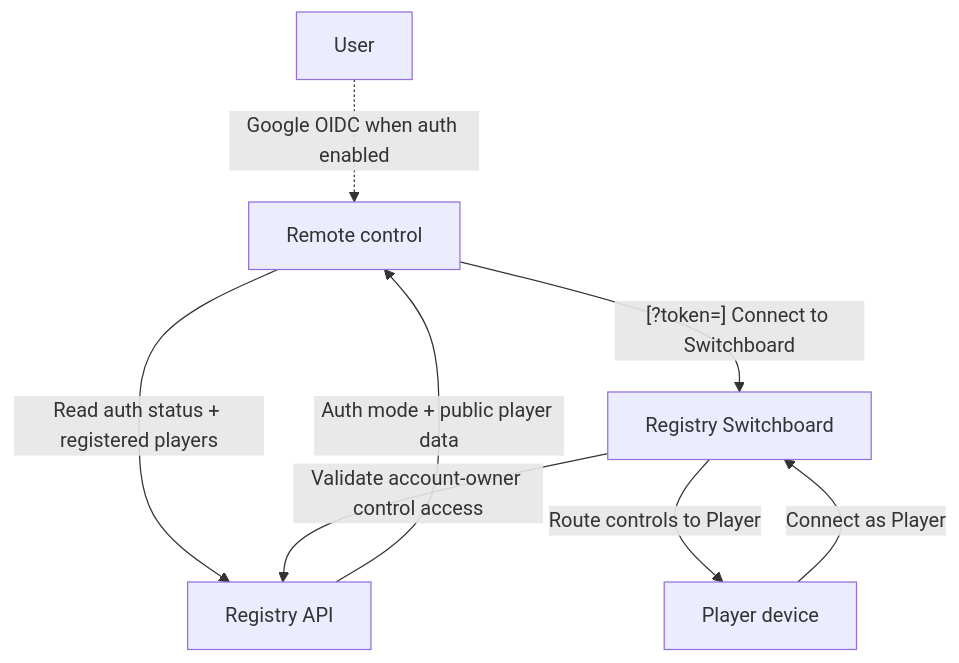
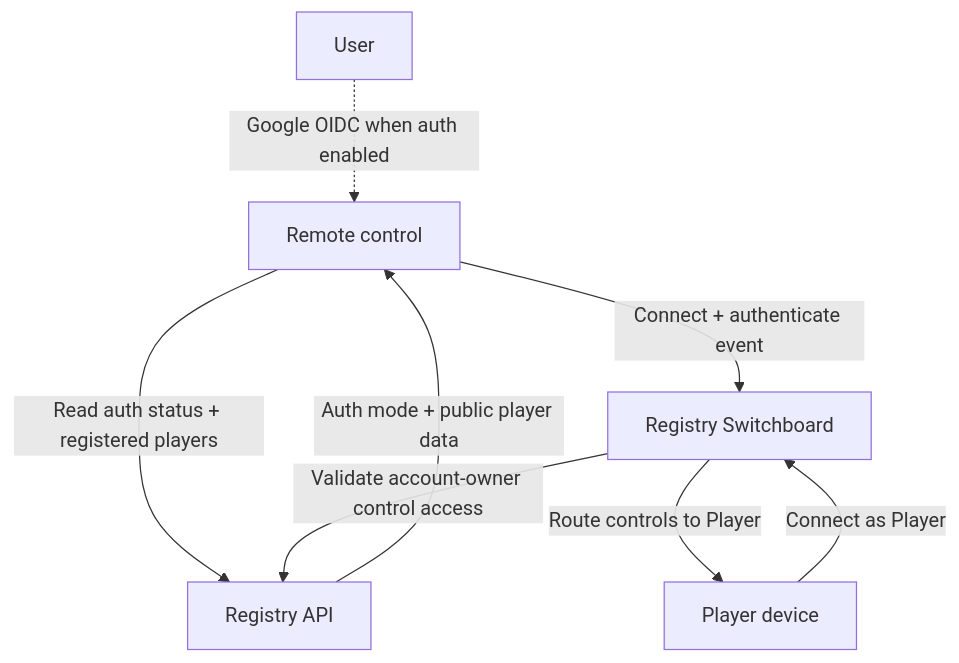
One commit to briceburg/radio-pad changed the second of 2 diagrams in README.md. Above: the diagram before and after it, drawn with Mermaid. The commit also changed other lines of this file and 20 other files, not shown here.

Commit message:
Authenticate switchboard controllers without URL tokens

````diff
--- a/README.md
+++ b/README.md
@@ -171,16 +171,16 @@
 ```mermaid
 flowchart TD
     User["User"]
     Remote["Remote control"]
     Registry["Registry API"]
     Switchboard["Registry Switchboard"]
     Player["Player device"]
 
     Remote -- "Read auth status + registered players" --> Registry
     Registry -- "Auth mode + public player data" --> Remote
     User -. "Google OIDC when auth enabled" .-> Remote
-    Remote -- "[?token=] Connect to Switchboard" --> Switchboard
+    Remote -- "Connect + authenticate event" --> Switchboard
     Switchboard -- "Validate account-owner control access" --> Registry
     Player -- "Connect as Player" --> Switchboard
     Switchboard -- "Route controls to Player" --> Player
 ```
````
